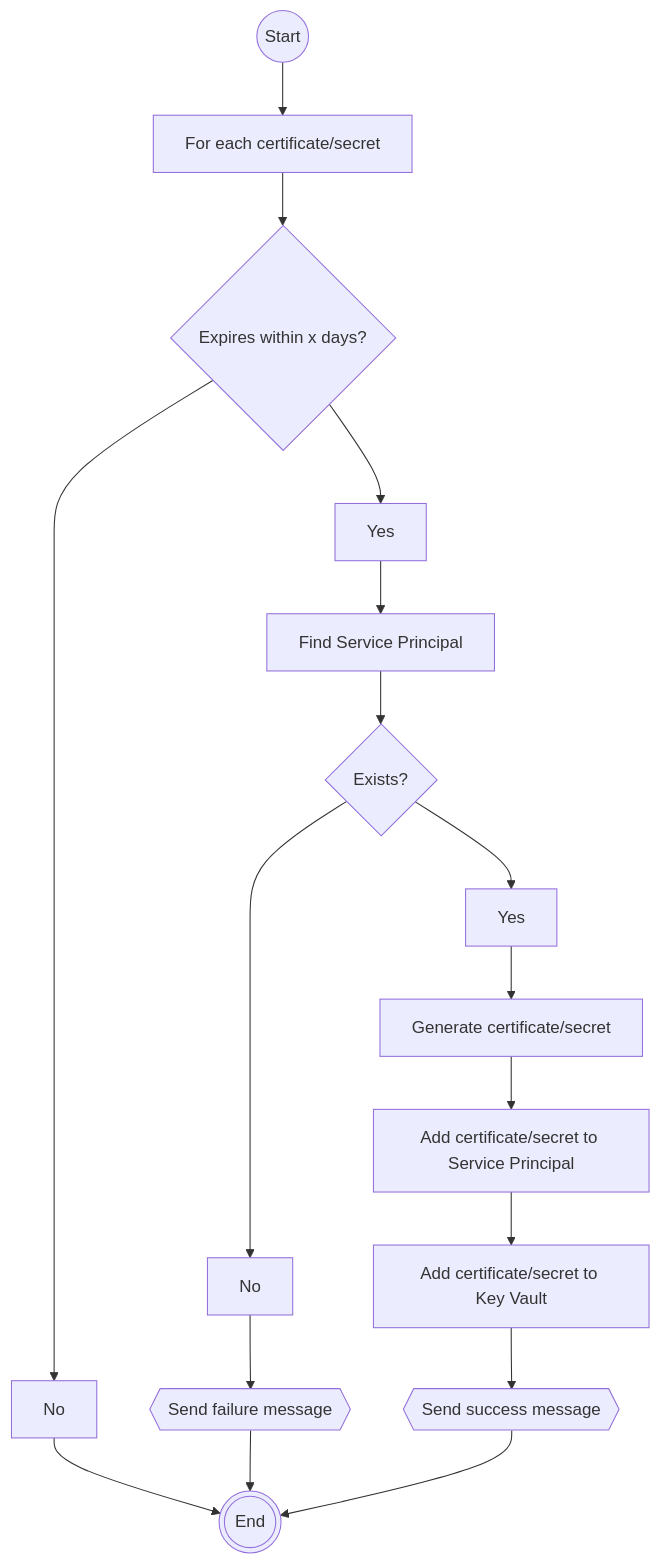
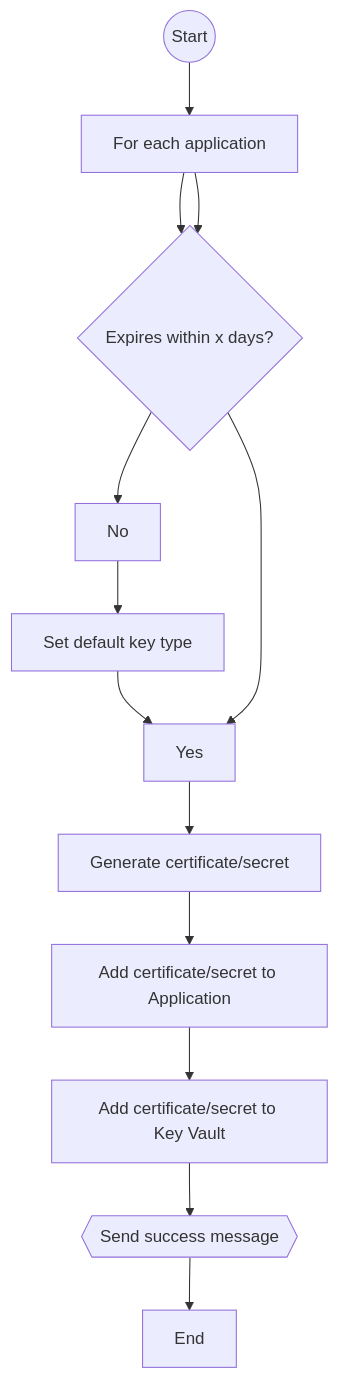
One commit to WeAreInSpark/key-rotation-bot changed the diagram in README.md. Above: the diagram before and after it, drawn with Mermaid. The commit also changed other lines of this file and 5 other files, not shown here.

````diff
--- a/README.md
+++ b/README.md
@@ -83,21 +90,16 @@
 ```mermaid
 flowchart TD
-   Start((Start)) --> B[For each certificate/secret]
+   Start((Start)) --> B[For each application]
+   B --> C{Has a certificate/secret}
    B --> C{Expires within x days?}
        --> D[No]
-       --> End(((End)))
+       --> E[Set default key type]
+       --> F
    
-     C --> E[Yes]
-       --> F[Find Service Principal]
-       --> G{Exists?}
-         --> H[No] 
-         --> I{{Send failure message}}
-         --> End
-   
-       G --> J[Yes]
-         --> K[Generate certificate/secret]
-         --> L[Add certificate/secret to Service Principal]
-         --> M[Add certificate/secret to Key Vault]
-         --> N{{Send success message}}
-         --> End
+     C --> F[Yes]
+       --> G[Generate certificate/secret]
+       --> H[Add certificate/secret to Application]
+       --> I[Add certificate/secret to Key Vault]
+       --> J{{Send success message}}
+       --> End
 ```
````
